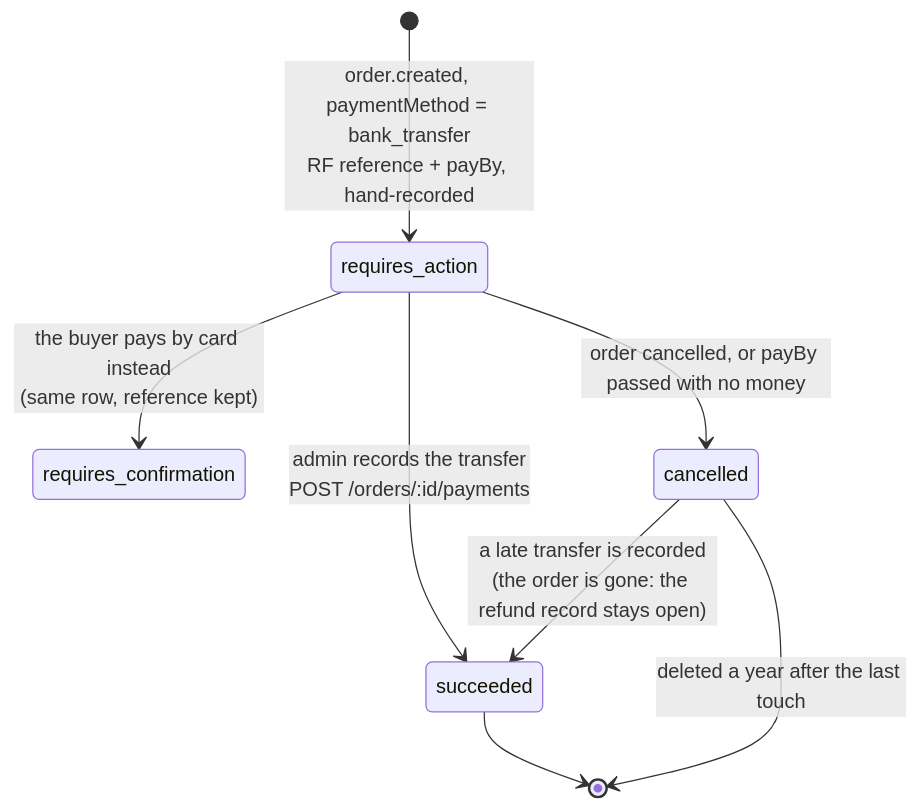
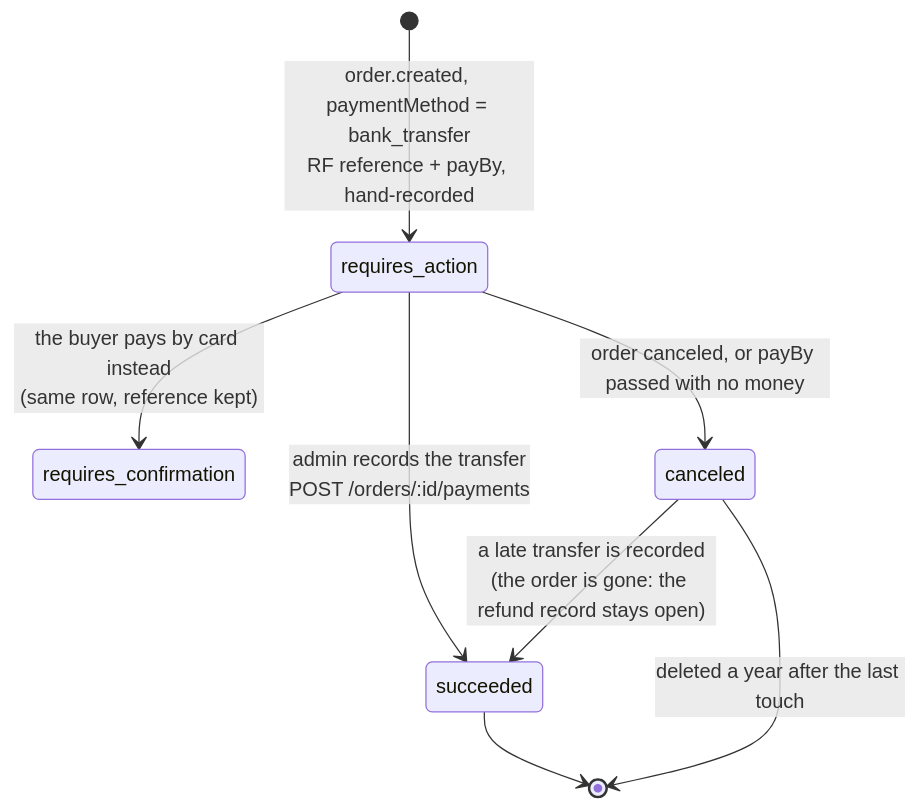
Before and after one commit to Guebbit/boilerplate-node-backend: diagram 14 of 18 in docs/modules/payments.md, drawn with Mermaid. The commit also changed other lines of this file and 301 other files, not shown here.

````diff
--- a/docs/modules/payments.md
+++ b/docs/modules/payments.md
@@ -762,10 +762,10 @@
 ```mermaid
 stateDiagram-v2
     [*] --> requires_action: order.created, paymentMethod = bank_transfer<br/>RF reference + payBy, hand-recorded
     requires_action --> succeeded: admin records the transfer<br/>POST /orders/:id/payments
     requires_action --> requires_confirmation: the buyer pays by card instead<br/>(same row, reference kept)
-    requires_action --> cancelled: order cancelled, or payBy passed with no money
-    cancelled --> succeeded: a late transfer is recorded<br/>(the order is gone: the refund record stays open)
+    requires_action --> canceled: order canceled, or payBy passed with no money
+    canceled --> succeeded: a late transfer is recorded<br/>(the order is gone: the refund record stays open)
     succeeded --> [*]
-    cancelled --> [*]: deleted a year after the last touch
+    canceled --> [*]: deleted a year after the last touch
 ```
````
